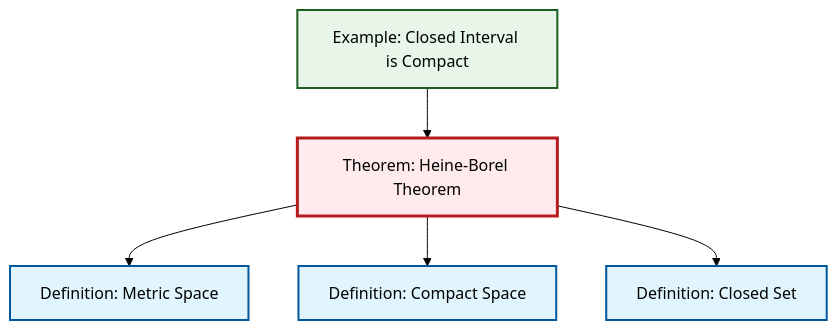
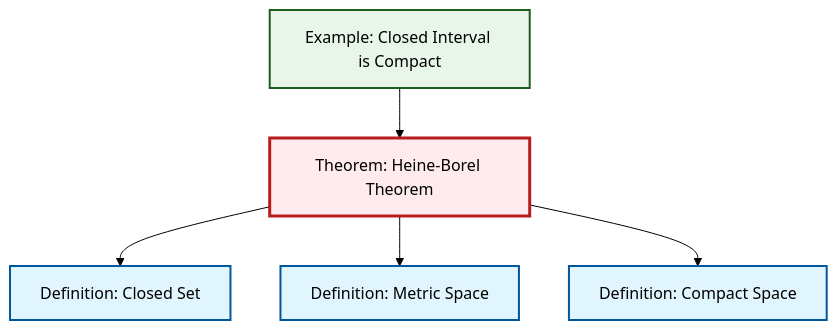
One commit to RK0429/ModernMath changed the diagram in content/en/topology/thm-heine-borel.qmd. Above: the diagram before and after it, drawn with Mermaid (forest theme). The commit also changed other lines of this file and 474 other files, not shown here.

````diff
--- a/content/en/topology/thm-heine-borel.qmd
+++ b/content/en/topology/thm-heine-borel.qmd
@@ -46,23 +46,23 @@
 ```{mermaid}
 %%| fig-cap: "Local dependency graph"
 graph TD
     classDef definition fill:#e1f5fe,stroke:#01579b,stroke-width:2px
     classDef theorem fill:#f3e5f5,stroke:#4a148c,stroke-width:2px
     classDef axiom fill:#fff3e0,stroke:#e65100,stroke-width:2px
     classDef example fill:#e8f5e9,stroke:#1b5e20,stroke-width:2px
     classDef current fill:#ffebee,stroke:#b71c1c,stroke-width:3px
+    ex-closed-interval-compact["Example: Closed Interval is Compact"]:::example
+    thm-heine-borel["Theorem: Heine-Borel Theorem"]:::theorem
+    def-metric-space["Definition: Metric Space"]:::definition
     def-closed-set["Definition: Closed Set"]:::definition
-    ex-closed-interval-compact["Example: Closed Interval is Compact"]:::example
-    def-metric-space["Definition: Metric Space"]:::definition
-    thm-heine-borel["Theorem: Heine-Borel Theorem"]:::theorem
     def-compact["Definition: Compact Space"]:::definition
+    thm-heine-borel --> def-closed-set
+    thm-heine-borel --> def-metric-space
     ex-closed-interval-compact --> thm-heine-borel
-    thm-heine-borel --> def-metric-space
     thm-heine-borel --> def-compact
-    thm-heine-borel --> def-closed-set
     class thm-heine-borel current
-    click def-closed-set "def-closed-set.html" "Go to Closed Set definition"
     click ex-closed-interval-compact "ex-closed-interval-compact.html" "Go to Closed Interval is Compact example"
     click def-metric-space "def-metric-space.html" "Go to Metric Space definition"
+    click def-closed-set "def-closed-set.html" "Go to Closed Set definition"
     click def-compact "def-compact.html" "Go to Compact Space definition"
 ```
````
